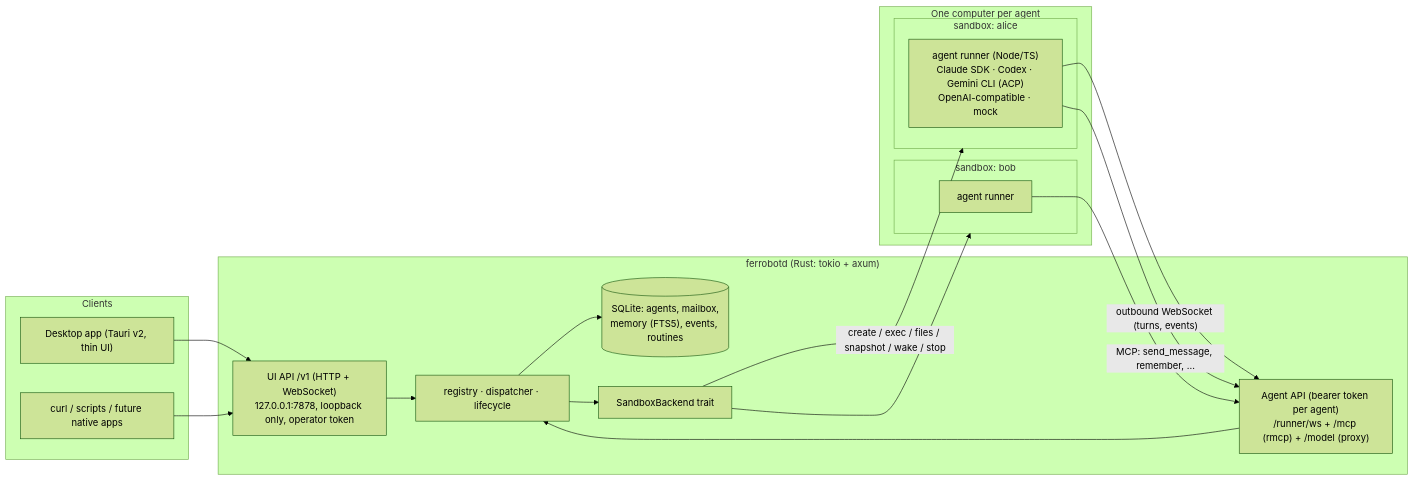
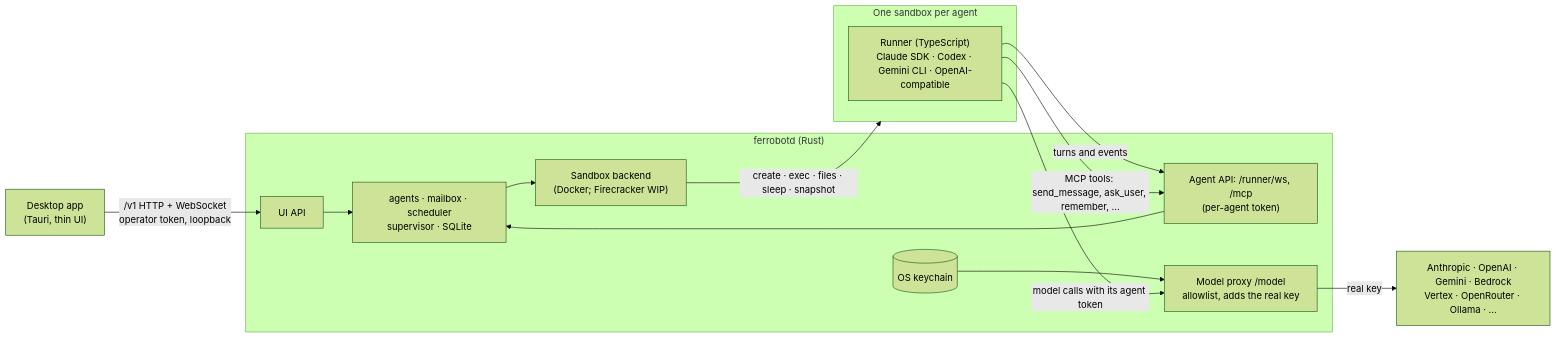
The diagram in README.md (byQuexo/ferrobot), drawn with Mermaid (forest theme) before and after one commit. The commit also changed other lines of this file, not shown here.

````diff
--- a/README.md
+++ b/README.md
@@ -71,36 +110,22 @@
 ```mermaid
 flowchart LR
-    subgraph clients[Clients]
-        UI["Desktop app (Tauri v2, thin UI)"]
-        CLI["curl / scripts / future native apps"]
+    UI["Desktop app<br/>(Tauri, thin UI)"] -- "/v1 HTTP + WebSocket<br/>operator token, loopback" --> API
+
+    subgraph daemon["ferrobotd (Rust)"]
+        API["UI API"] --> CORE["agents · mailbox · scheduler<br/>supervisor · SQLite"]
+        AGENT["Agent API: /runner/ws, /mcp<br/>(per-agent token)"] --> CORE
+        PROXY["Model proxy /model<br/>allowlist, adds the real key"]
+        KEYS[("OS keychain")] --> PROXY
+        CORE --> SB["Sandbox backend<br/>(Docker; Firecracker WIP)"]
     end
 
-    subgraph daemon["ferrobotd (Rust: tokio + axum)"]
-        API["UI API /v1 (HTTP + WebSocket)<br/>127.0.0.1:7878, loopback only, operator token"]
-        AGENT["Agent API (bearer token per agent)<br/>/runner/ws + /mcp (rmcp) + /model (proxy)"]
-        CORE["registry · dispatcher · lifecycle"]
-        STORE[("SQLite: agents, mailbox,<br/>memory (FTS5), events, routines")]
-        SB["SandboxBackend trait"]
+    subgraph sandbox["One sandbox per agent"]
+        RUNNER["Runner (TypeScript)<br/>Claude SDK · Codex · Gemini CLI · OpenAI-compatible"]
     end
 
-    subgraph sandboxes["One computer per agent"]
-        subgraph s1["sandbox: alice"]
-            R1["agent runner (Node/TS)<br/>Claude SDK · Codex · Gemini CLI (ACP)<br/>OpenAI-compatible · mock"]
-        end
-        subgraph s2["sandbox: bob"]
-            R2["agent runner"]
-        end
-    end
-
-    UI --> API
-    CLI --> API
-    API --> CORE
-    CORE --> STORE
-    CORE --> SB
-    SB -- "create / exec / files / snapshot / wake / stop" --> s1
-    SB --> s2
-    R1 -- "outbound WebSocket (turns, events)" --> AGENT
-    R1 -- "MCP: send_message, remember, ..." --> AGENT
-    R2 --> AGENT
-    AGENT --> CORE
+    SB -- "create · exec · files · sleep · snapshot" --> sandbox
+    RUNNER -- "turns and events" --> AGENT
+    RUNNER -- "MCP tools: send_message, ask_user, remember, ..." --> AGENT
+    RUNNER -- "model calls with its agent token" --> PROXY
+    PROXY -- "real key" --> MODELS["Anthropic · OpenAI · Gemini · Bedrock<br/>Vertex · OpenRouter · Ollama · ..."]
 ```
````
